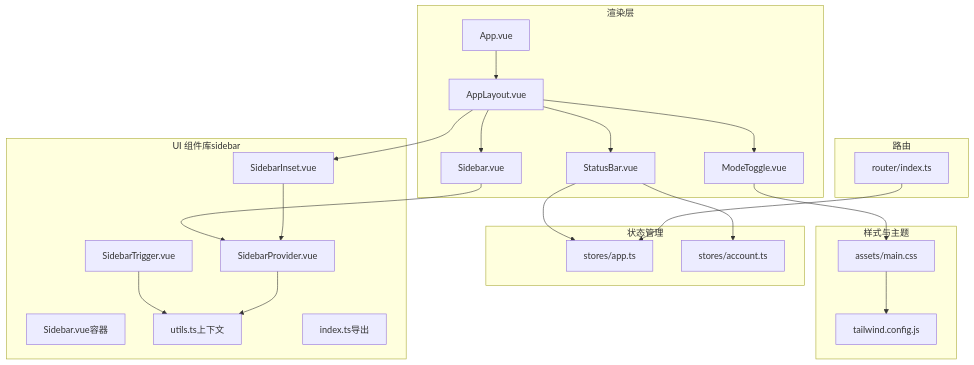
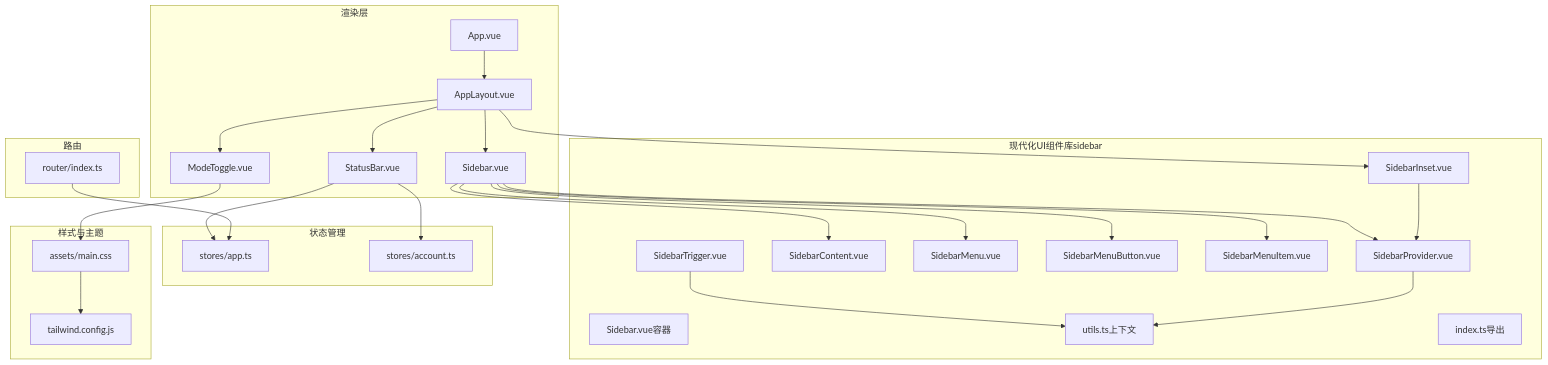
Before and after one commit to hipig/autoOps: the first of 6 diagrams in .qoder/repowiki/zh/content/前端应用/布局系统.md, drawn with Mermaid. The commit also changed other lines of this file and 37 other files, not shown here.

````diff
--- a/.qoder/repowiki/zh/content/前端应用/布局系统.md
+++ b/.qoder/repowiki/zh/content/前端应用/布局系统.md
@@ -42,43 +52,51 @@
 ```mermaid
 graph TB
 subgraph "渲染层"
 APP["App.vue"]
 LAYOUT["AppLayout.vue"]
 SIDEBAR["Sidebar.vue"]
 STATUSBAR["StatusBar.vue"]
 MODE["ModeToggle.vue"]
 end
-subgraph "UI 组件库sidebar"
+subgraph "现代化UI组件库sidebar"
 SP["SidebarProvider.vue"]
 SB["Sidebar.vue容器"]
+SBC["SidebarContent.vue"]
+SBM["SidebarMenu.vue"]
+SBMB["SidebarMenuButton.vue"]
+SBMItem["SidebarMenuItem.vue"]
 SBI["SidebarInset.vue"]
 SBT["SidebarTrigger.vue"]
 SBU["utils.ts上下文"]
 SBIIdx["index.ts导出"]
 end
 subgraph "状态管理"
 APPSTORE["stores/app.ts"]
 ACCSTORE["stores/account.ts"]
 end
 subgraph "样式与主题"
 CSS["assets/main.css"]
 TWCFG["tailwind.config.js"]
 end
 subgraph "路由"
 ROUTER["router/index.ts"]
 end
 APP --> LAYOUT
 LAYOUT --> SIDEBAR
 LAYOUT --> SBI
 LAYOUT --> STATUSBAR
 LAYOUT --> MODE
 SIDEBAR --> SP
+SIDEBAR --> SBC
+SIDEBAR --> SBM
+SIDEBAR --> SBMB
+SIDEBAR --> SBMItem
 SBI --> SP
 SBT --> SBU
 SP --> SBU
 STATUSBAR --> APPSTORE
 STATUSBAR --> ACCSTORE
 MODE --> CSS
 CSS --> TWCFG
 ROUTER --> APPSTORE
 ```
````
